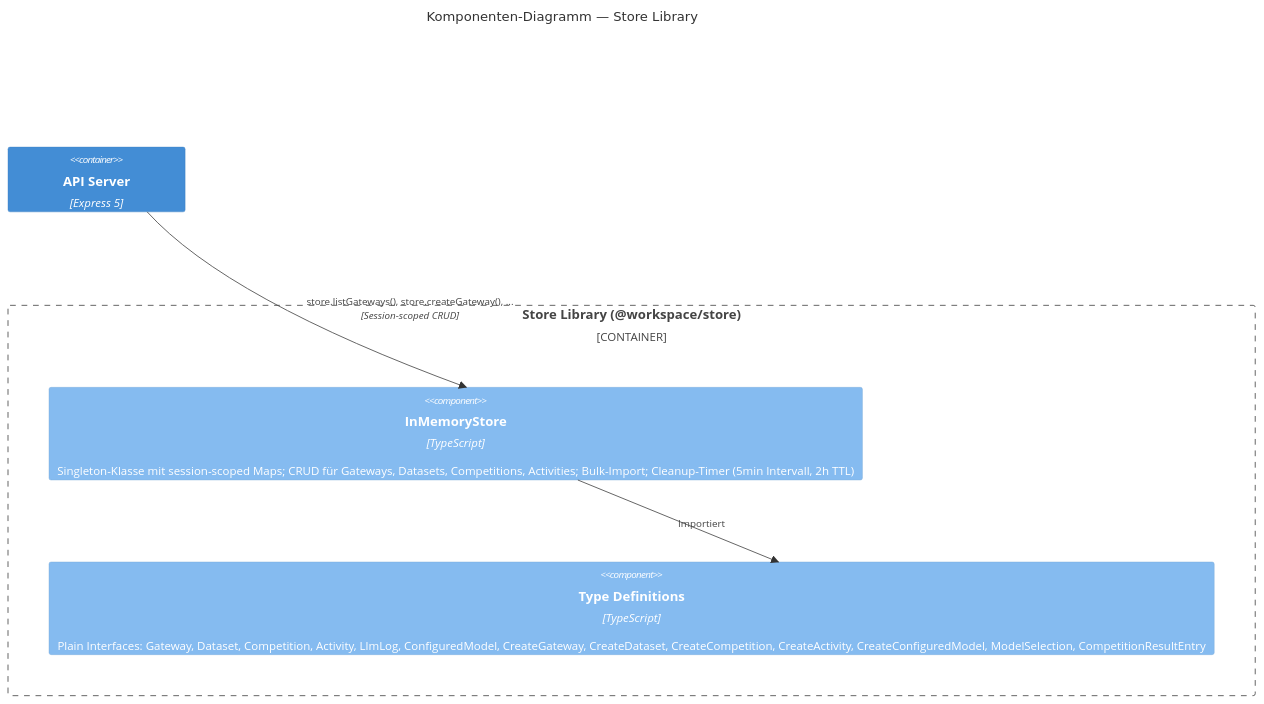
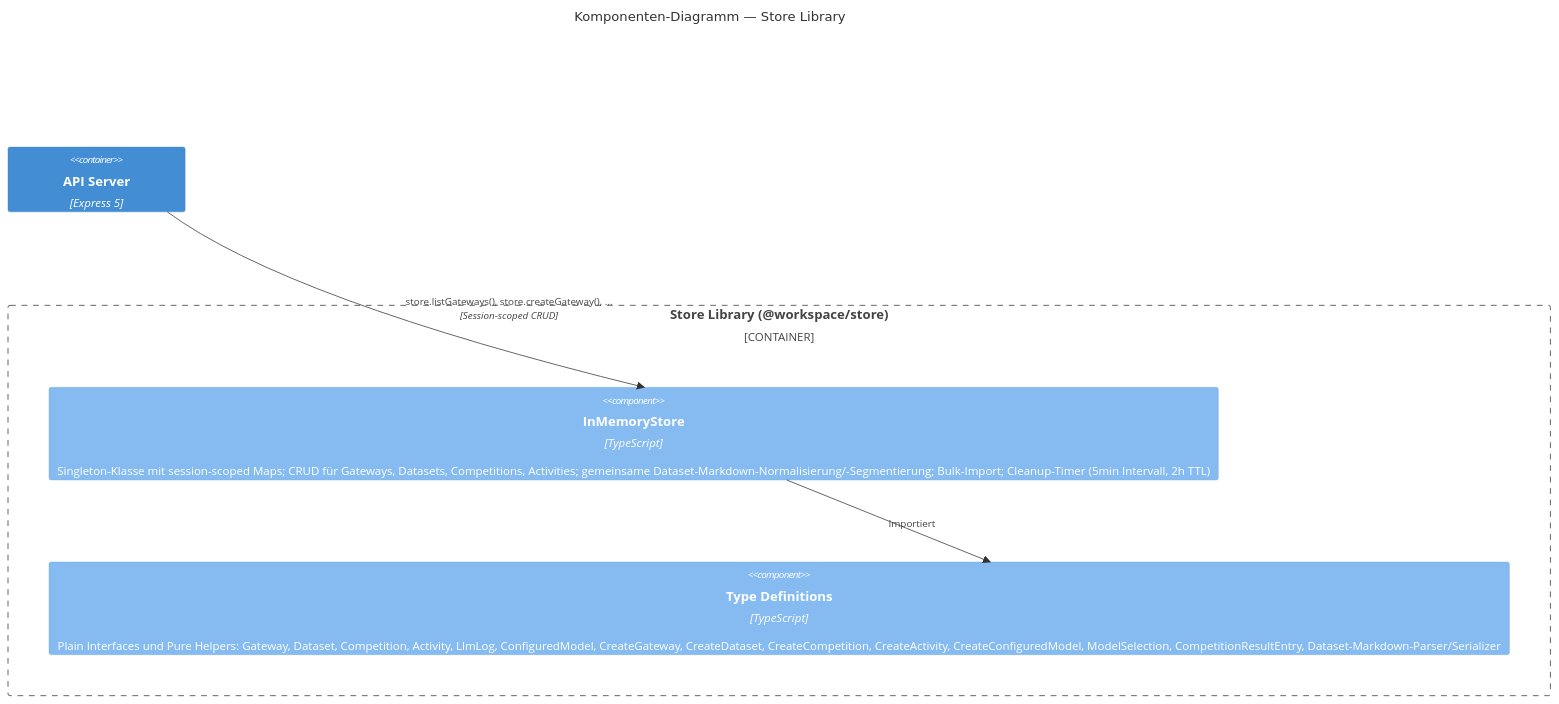
One commit to merlinbecker/LLM-Eval-Games2026 changed the sixth of 15 diagrams in arc42.md. Above: the diagram before and after it, drawn with Mermaid. The commit also changed other lines of this file and 72 other files, not shown here.

````diff
--- a/arc42.md
+++ b/arc42.md
@@ -349,16 +354,16 @@
 ```mermaid
 C4Component
     title Komponenten-Diagramm — Store Library
 
     Container_Boundary(storeLib, "Store Library (@workspace/store)") {
 
-        Component(storeIndex, "InMemoryStore", "TypeScript", "Singleton-Klasse mit session-scoped Maps; CRUD für Gateways, Datasets, Competitions, Activities; Bulk-Import; Cleanup-Timer (5min Intervall, 2h TTL)")
+        Component(storeIndex, "InMemoryStore", "TypeScript", "Singleton-Klasse mit session-scoped Maps; CRUD für Gateways, Datasets, Competitions, Activities; gemeinsame Dataset-Markdown-Normalisierung/-Segmentierung; Bulk-Import; Cleanup-Timer (5min Intervall, 2h TTL)")
 
-        Component(storeTypes, "Type Definitions", "TypeScript", "Plain Interfaces: Gateway, Dataset, Competition, Activity, LlmLog, ConfiguredModel, CreateGateway, CreateDataset, CreateCompetition, CreateActivity, CreateConfiguredModel, ModelSelection, CompetitionResultEntry")
+        Component(storeTypes, "Type Definitions", "TypeScript", "Plain Interfaces und Pure Helpers: Gateway, Dataset, Competition, Activity, LlmLog, ConfiguredModel, CreateGateway, CreateDataset, CreateCompetition, CreateActivity, CreateConfiguredModel, ModelSelection, CompetitionResultEntry, Dataset-Markdown-Parser/Serializer")
     }
 
     Container(apiServer, "API Server", "Express 5")
 
     Rel(storeIndex, storeTypes, "Importiert")
     Rel(apiServer, storeIndex, "store.listGateways(), store.createGateway(), ...", "Session-scoped CRUD")
 ```
````
